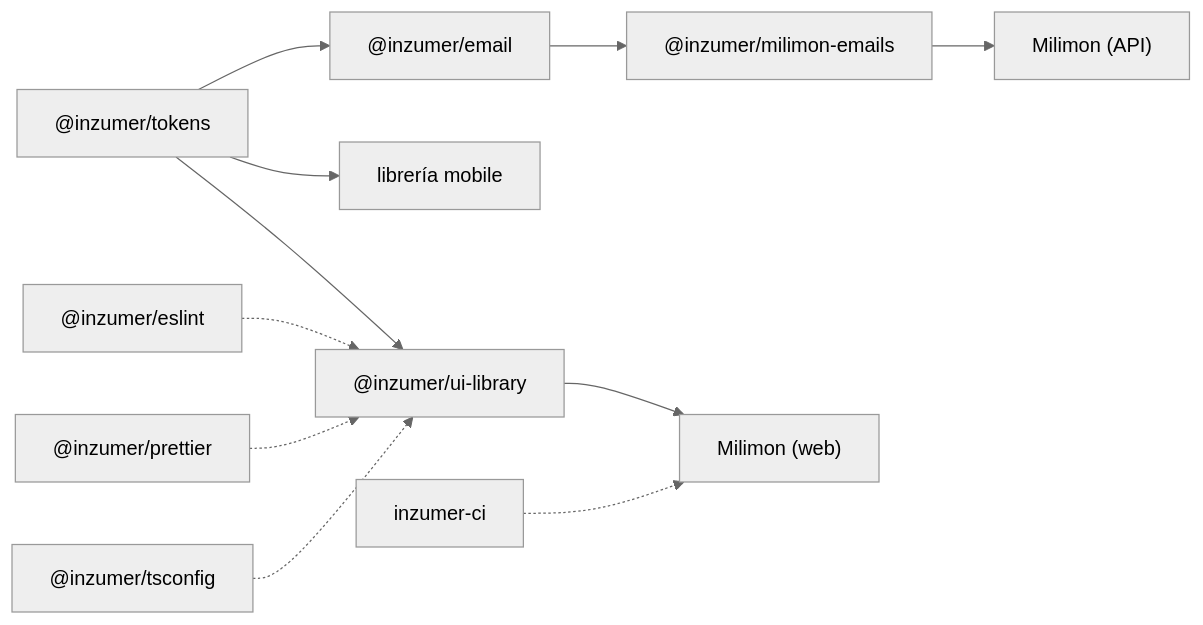
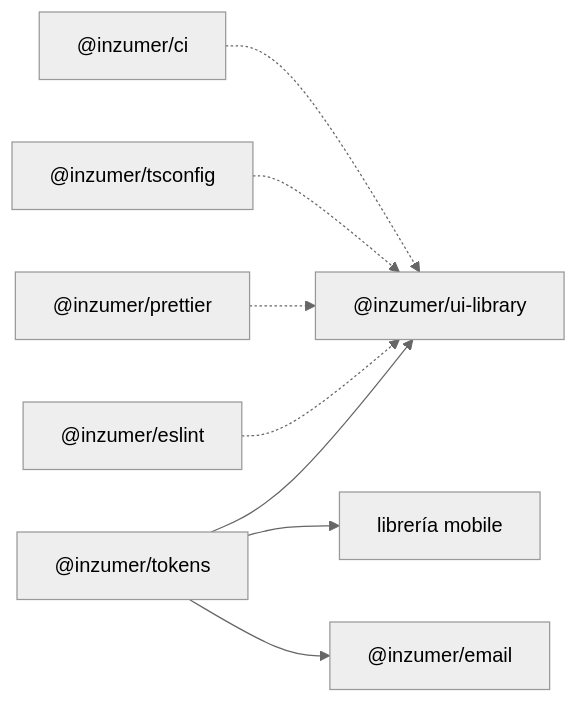
One commit to inzumer/inzumer-docs changed the diagram in src/content/docs/paquetes/index.md. Above: the diagram before and after it, drawn with Mermaid (neutral theme). The commit also changed other lines of this file and 13 other files, not shown here.

````diff
--- a/src/content/docs/paquetes/index.md
+++ b/src/content/docs/paquetes/index.md
@@ -9,13 +9,10 @@
 ```mermaid
 flowchart LR
   tokens["@inzumer/tokens"] --> ui["@inzumer/ui-library"]
   tokens --> native["librería mobile"]
   tokens --> email["@inzumer/email"]
-  email --> milimonEmails["@inzumer/milimon-emails"]
-  ui --> milimon["Milimon (web)"]
-  milimonEmails --> api["Milimon (API)"]
   eslint["@inzumer/eslint"] -.-> ui
   prettier["@inzumer/prettier"] -.-> ui
   tsconfig["@inzumer/tsconfig"] -.-> ui
-  ci["inzumer-ci"] -.-> milimon
+  ci["@inzumer/ci"] -.-> ui
 ```
````
